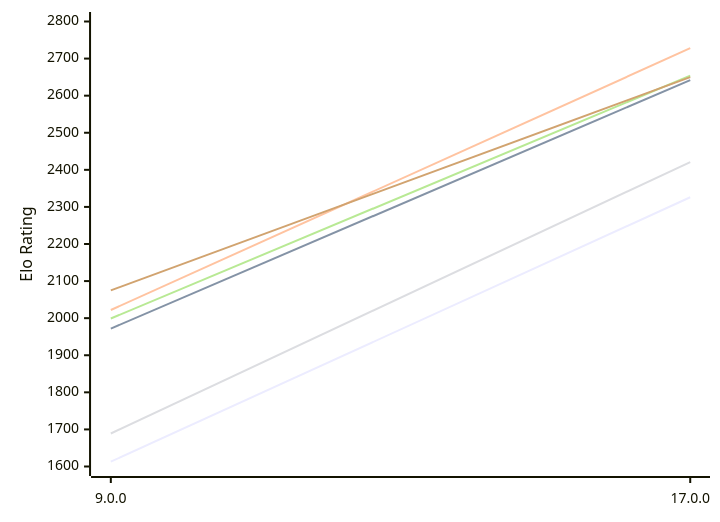
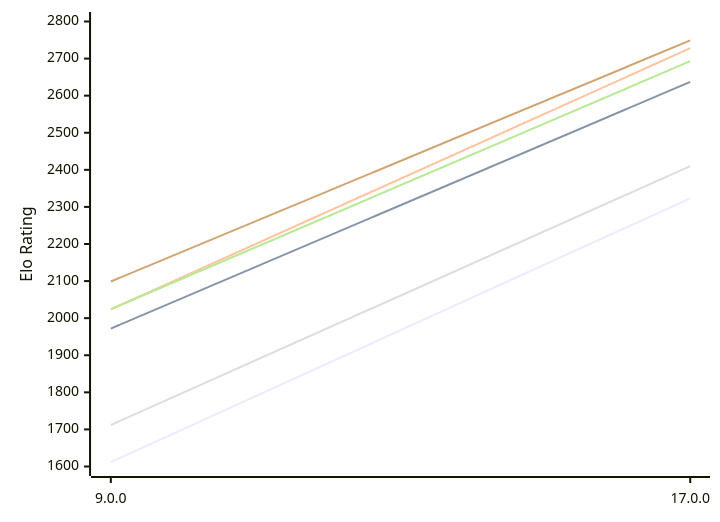
Before and after one commit to computer-chess-index/cci: the first of 2 diagrams in engines/Cepimetheus.md, drawn with Mermaid. The commit also changed other lines of this file, not shown here.

Commit message:
Update CCI Ratings (ELO VLTC) - 2026-10-21

````diff
--- a/engines/Cepimetheus.md
+++ b/engines/Cepimetheus.md
@@ -62,12 +62,12 @@
 ```mermaid
 %%{init: {"theme":"base","themeVariables":{"seriesColors:['#a3a3a3','#222221','#faa371']}}}%%
 xychart-beta
   x-axis ["9.0.0", "17.0.0"]
   y-axis "Elo Rating" 1600 --> 2800
-  line "E1: STC (8.0+0.08s)" [1613, 2326]
-  line "E1: LTC (60.0+0.60s)" [1972, 2642]
-  line "E1: VLTC (2m24s+1.12s)" [2022, 2728]
-  line "P1: STC (8.0+0.08s)" [1689, 2421]
-  line "P1: LTC (60.0+0.60s)" [1999, 2654]
-  line "P1: VLTC (2m24s+1.12s)" [2075, 2650]
+  line "E1: STC (8.0+0.08s)" [1612, 2323]
+  line "E1: LTC (60.0+0.60s)" [1972, 2637]
+  line "E1: VLTC (2m24s+1.12s)" [2024, 2728]
+  line "P1: STC (8.0+0.08s)" [1712, 2410]
+  line "P1: LTC (60.0+0.60s)" [2024, 2693]
+  line "P1: VLTC (2m24s+1.12s)" [2099, 2749]
 ```
````
